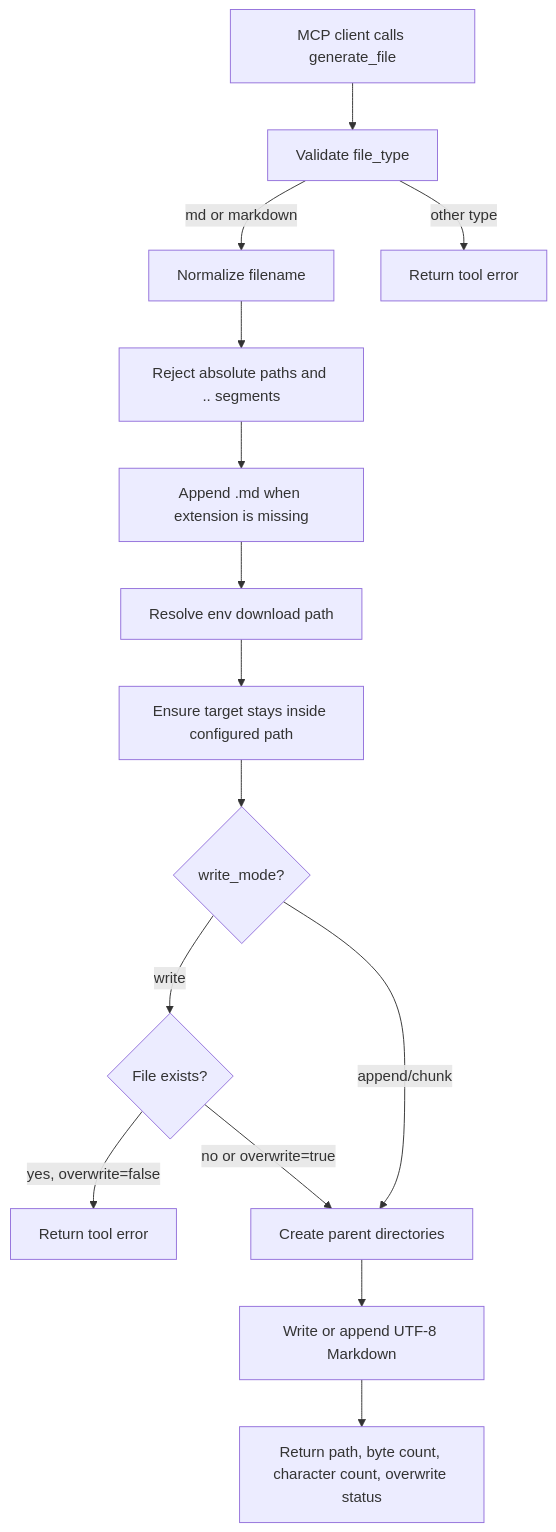
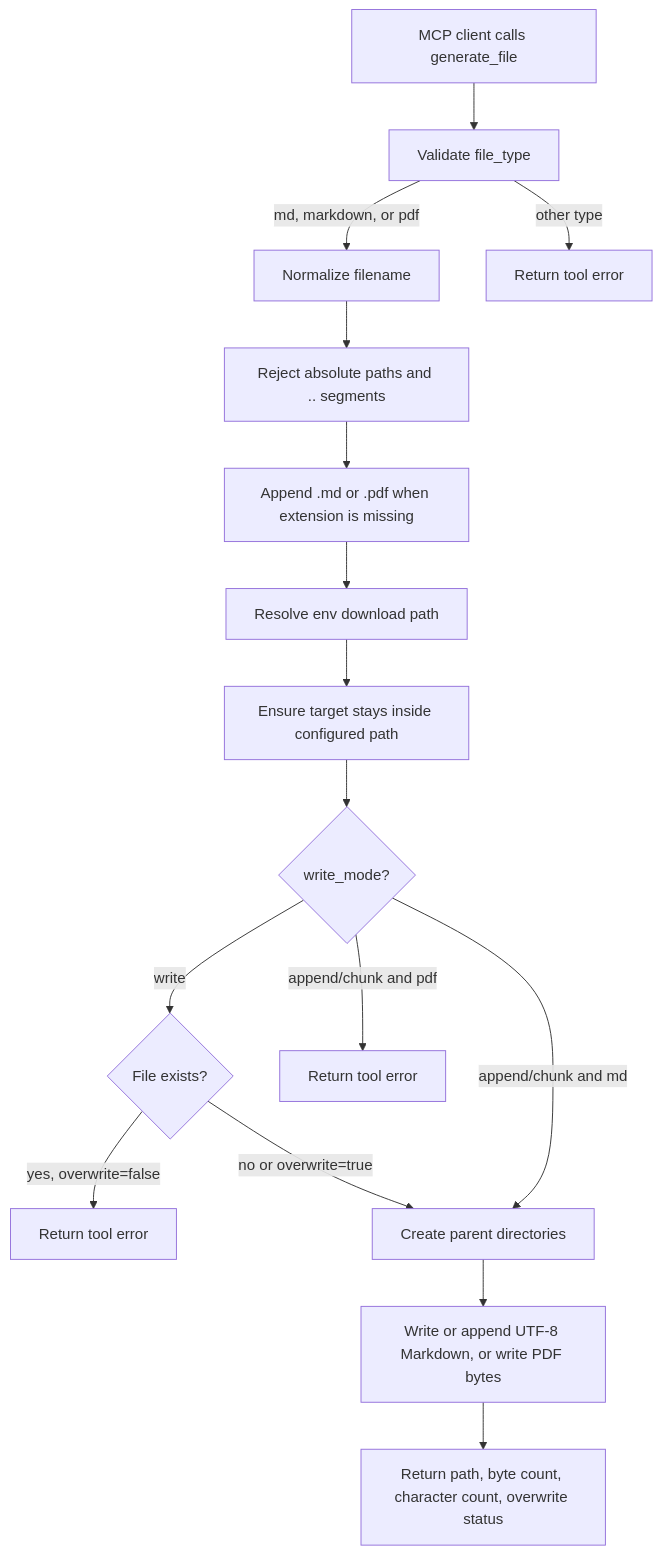
Before and after one commit to mymacmeet-crypto/local-mcp: the diagram in docs/generate_file.md, drawn with Mermaid. The commit also changed other lines of this file and 11 other files, not shown here.

Commit message:
Add PDF support on generate file tool

````diff
--- a/docs/generate_file.md
+++ b/docs/generate_file.md
@@ -11,17 +11,18 @@
 ```mermaid
 flowchart TD
     A[MCP client calls generate_file] --> B[Validate file_type]
-    B -->|md or markdown| C[Normalize filename]
+    B -->|md, markdown, or pdf| C[Normalize filename]
     B -->|other type| X[Return tool error]
     C --> D[Reject absolute paths and .. segments]
-    D --> E[Append .md when extension is missing]
+    D --> E[Append .md or .pdf when extension is missing]
     E --> F[Resolve env download path]
     F --> G[Ensure target stays inside configured path]
     G --> H{write_mode?}
     H -->|write| I{File exists?}
     I -->|yes, overwrite=false| Y[Return tool error]
     I -->|no or overwrite=true| J[Create parent directories]
-    H -->|append/chunk| J
-    J --> K[Write or append UTF-8 Markdown]
+    H -->|append/chunk and md| J
+    H -->|append/chunk and pdf| Z[Return tool error]
+    J --> K[Write or append UTF-8 Markdown, or write PDF bytes]
     K --> L[Return path, byte count, character count, overwrite status]
 ```
````
